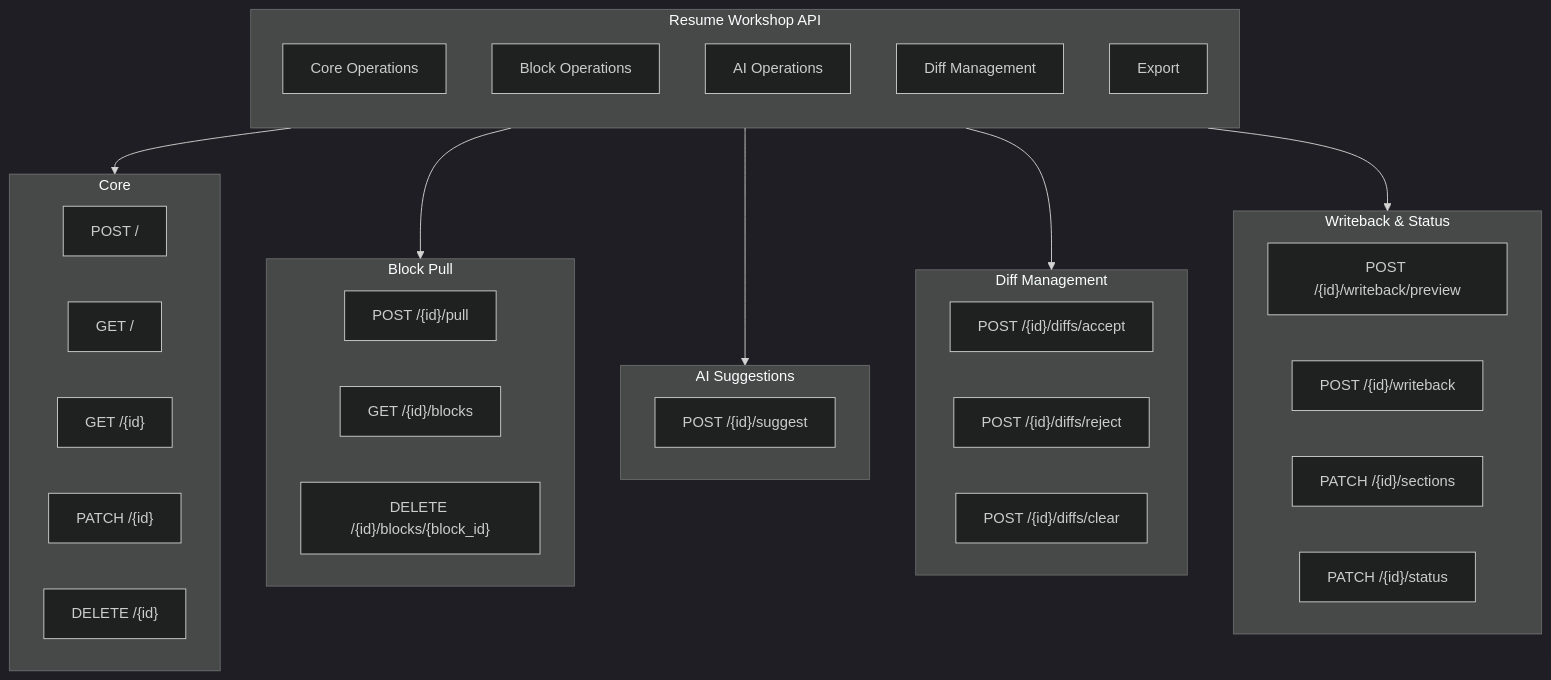
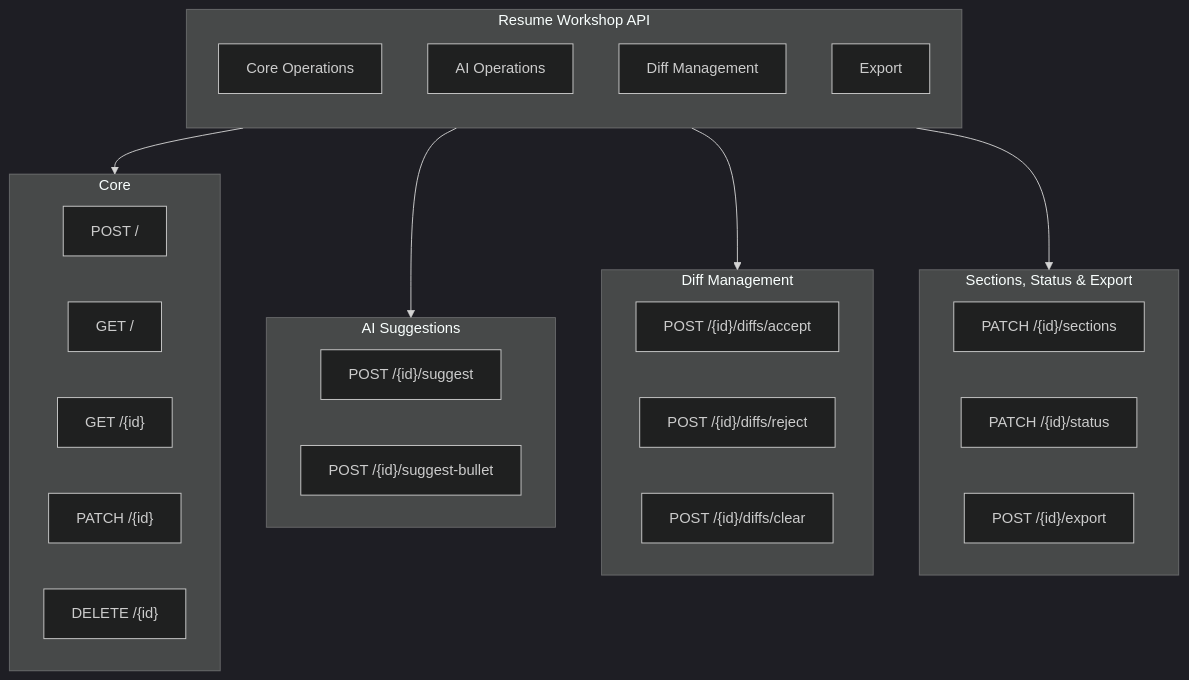
Before and after one commit to Sungchunn/AI-Resume-Tailor: the seventh of 33 diagrams in docs/architecture/system-architecture.md, drawn with Mermaid (dark theme). The commit also changed other lines of this file, not shown here.

First line of the commit message:
docs: Refresh system-architecture to match current codebase

````diff
--- a/docs/architecture/system-architecture.md
+++ b/docs/architecture/system-architecture.md
@@ -392,48 +357,40 @@
 ```mermaid
 flowchart TB
     subgraph Workshop["Resume Workshop API"]
         direction TB
         Core["Core Operations"]
-        Blocks["Block Operations"]
         AI["AI Operations"]
         Diffs["Diff Management"]
         Export["Export"]
     end
 
     subgraph Core_W["Core"]
         W1["POST /"]
         W2["GET /"]
         W3["GET /{id}"]
         W4["PATCH /{id}"]
         W5["DELETE /{id}"]
     end
 
-    subgraph Blocks_W["Block Pull"]
-        W6["POST /{id}/pull"]
-        W7["GET /{id}/blocks"]
-        W8["DELETE /{id}/blocks/{block_id}"]
-    end
-
     subgraph AI_W["AI Suggestions"]
         W9["POST /{id}/suggest"]
+        W9b["POST /{id}/suggest-bullet"]
     end
 
     subgraph Diffs_W["Diff Management"]
         W10["POST /{id}/diffs/accept"]
         W11["POST /{id}/diffs/reject"]
         W12["POST /{id}/diffs/clear"]
     end
 
-    subgraph Export_W["Writeback & Status"]
-        W13["POST /{id}/writeback/preview"]
-        W14["POST /{id}/writeback"]
+    subgraph Export_W["Sections, Status & Export"]
         W15["PATCH /{id}/sections"]
         W16["PATCH /{id}/status"]
+        W17["POST /{id}/export"]
     end
 
     Core --> Core_W
-    Blocks --> Blocks_W
     AI --> AI_W
     Diffs --> Diffs_W
     Export --> Export_W
 ```
````
